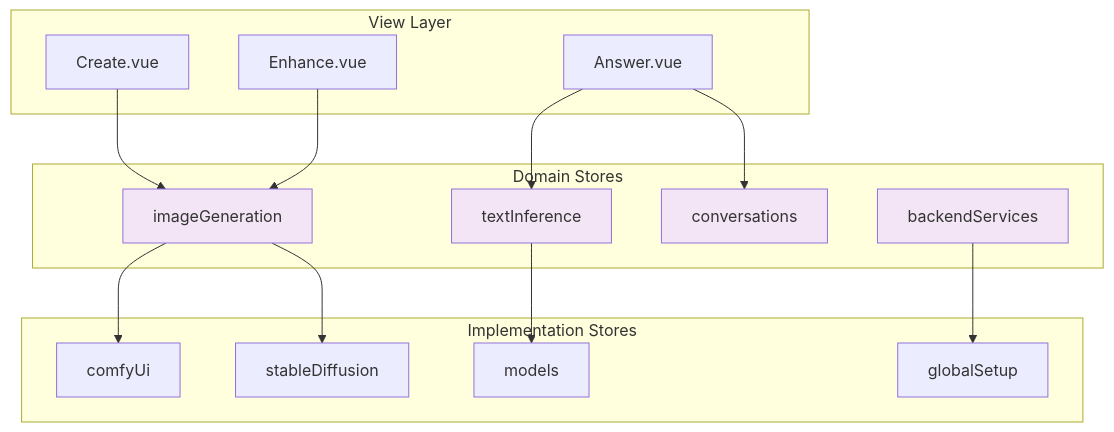
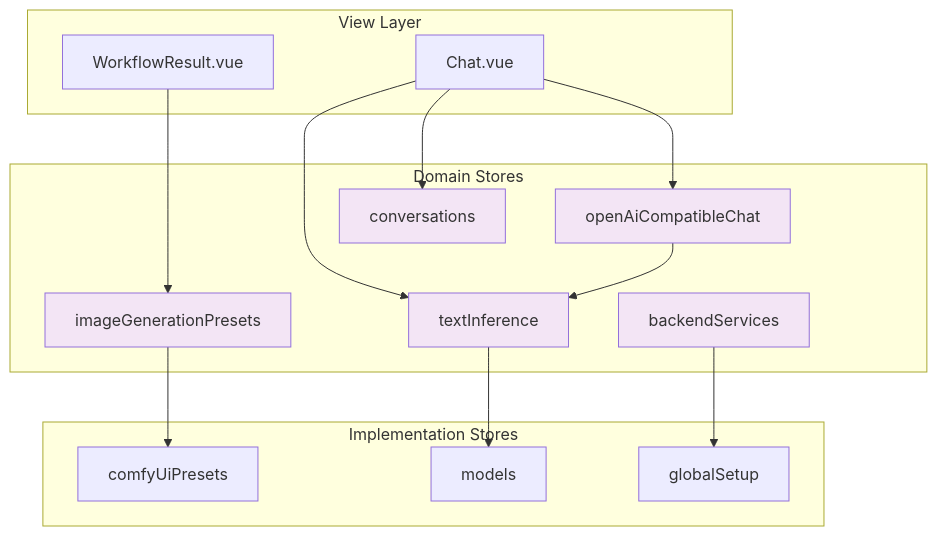
The fourth of 8 diagrams in AGENTS.md (intel/AI-Playground), drawn with Mermaid before and after one commit. The commit also changed other lines of this file and 358 other files, not shown here.

````diff
--- a/AGENTS.md
+++ b/AGENTS.md
@@ -248,37 +249,37 @@
 ```mermaid
 graph TB
     subgraph "View Layer"
-        A[Create.vue]
-        B[Answer.vue]
-        C[Enhance.vue]
+        A[WorkflowResult.vue]
+        B[Chat.vue]
     end
     
     subgraph "Domain Stores"
-        D[imageGeneration]
+        D[imageGenerationPresets]
         E[textInference]
         F[conversations]
         G[backendServices]
+        H[openAiCompatibleChat]
     end
     
     subgraph "Implementation Stores"
-        H[comfyUi]
-        I[stableDiffusion]
+        I[comfyUiPresets]
         J[models]
         K[globalSetup]
     end
     
     A --> D
     B --> E
     B --> F
-    C --> D
+    B --> H
     
-    D --> H
     D --> I
     E --> J
     G --> K
+    H --> E
     
     style D fill:#f3e5f5
     style E fill:#f3e5f5
     style F fill:#f3e5f5
     style G fill:#f3e5f5
+    style H fill:#f3e5f5
 ```
````
